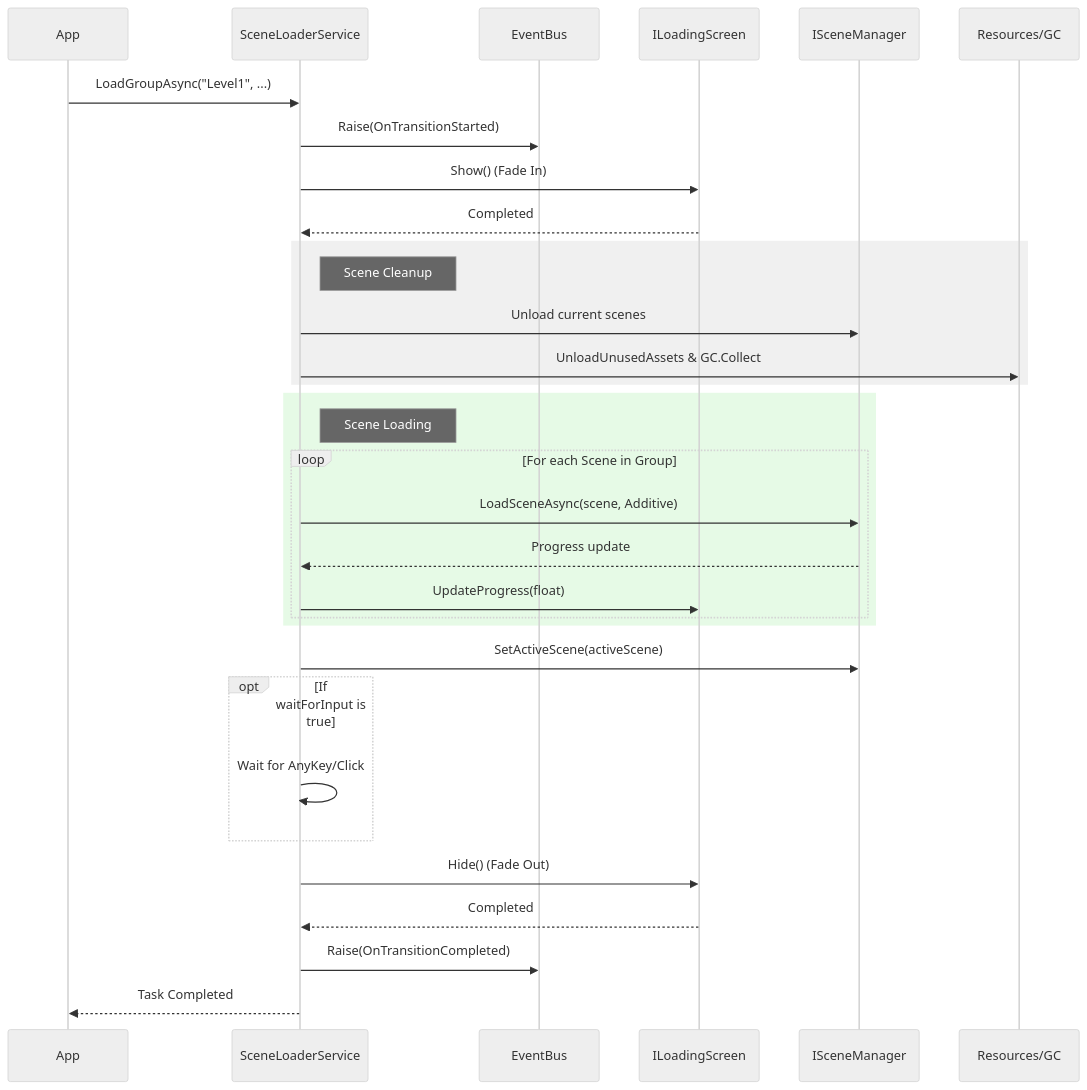
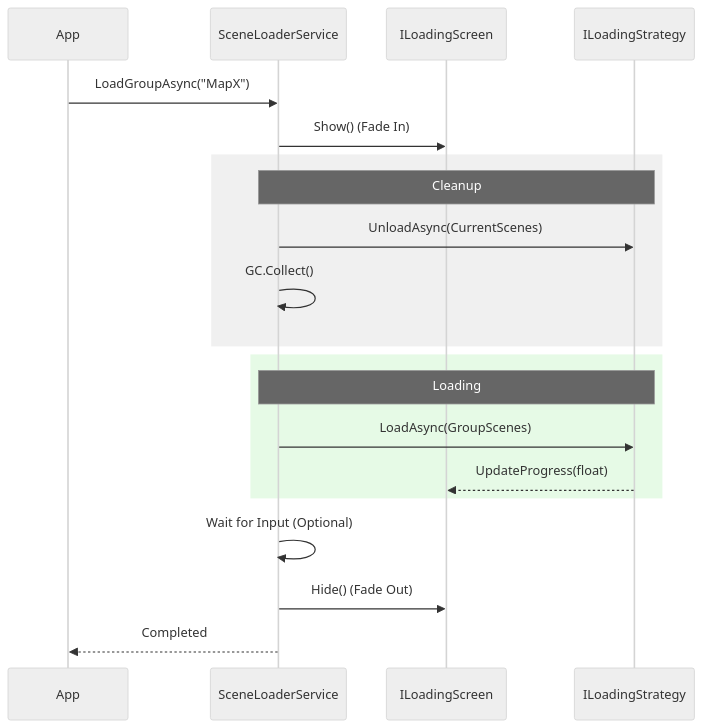
One commit to eraflo/Catalyst changed the second of 2 diagrams in Documentation~/Modules/SceneFlow.md. Above: the diagram before and after it, drawn with Mermaid (neutral theme). The commit also changed other lines of this file, not shown here.

Commit message:
doc: update scene module doc

````diff
--- a/Documentation~/Modules/SceneFlow.md
+++ b/Documentation~/Modules/SceneFlow.md
@@ -17,40 +154,26 @@
 ```mermaid
 sequenceDiagram
     participant App
     participant SL as SceneLoaderService
-    participant EB as EventBus
     participant UI as ILoadingScreen
-    participant SM as ISceneManager
-    participant Res as Resources/GC
-
-    App->>SL: LoadGroupAsync("Level1", ...)
-    SL->>EB: Raise(OnTransitionStarted)
+    participant Str as ILoadingStrategy
+    
+    App->>SL: LoadGroupAsync("MapX")
     SL->>UI: Show() (Fade In)
-    UI-->>SL: Completed
     
     rect rgb(240, 240, 240)
-        Note right of SL: Scene Cleanup
-        SL->>SM: Unload current scenes
-        SL->>Res: UnloadUnusedAssets & GC.Collect
+        Note over SL, Str: Cleanup
+        SL->>Str: UnloadAsync(CurrentScenes)
+        SL->>SL: GC.Collect()
     end
-
+    
     rect rgb(230, 250, 230)
-        Note right of SL: Scene Loading
-        loop For each Scene in Group
-            SL->>SM: LoadSceneAsync(scene, Additive)
-            SM-->>SL: Progress update
-            SL->>UI: UpdateProgress(float)
-        end
+        Note over SL, Str: Loading
+        SL->>Str: LoadAsync(GroupScenes)
+        Str-->>UI: UpdateProgress(float)
     end
-
-    SL->>SM: SetActiveScene(activeScene)
     
-    opt If waitForInput is true
-        SL->>SL: Wait for AnyKey/Click
-    end
-
+    SL->>SL: Wait for Input (Optional)
     SL->>UI: Hide() (Fade Out)
-    UI-->>SL: Completed
-    SL->>EB: Raise(OnTransitionCompleted)
-    SL-->>App: Task Completed
+    SL-->>App: Completed
 ```
````
